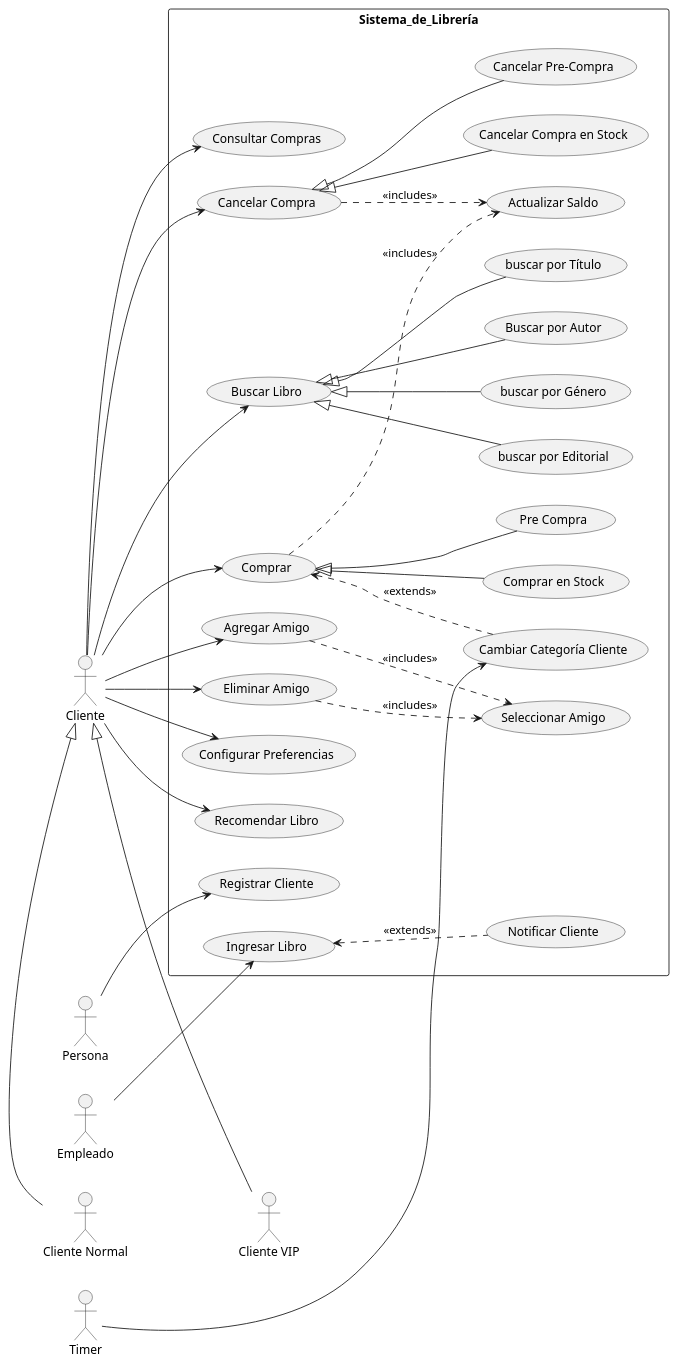
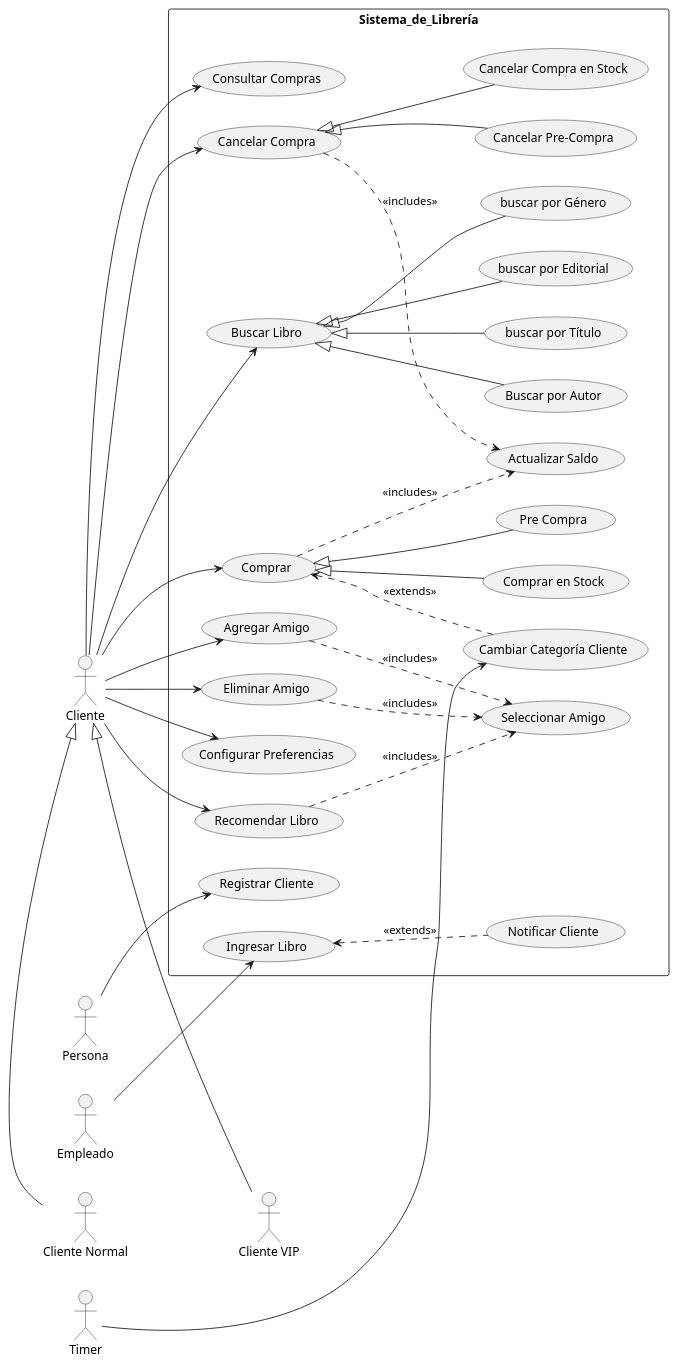
One commit to pablodanielrey/dsbm changed the diagram in tp1/casos-de-uso.plantuml. Above: the diagram before and after it, drawn with PlantUML.

Commit message:
faltaba agregar un includes en recomendar

```diff
--- a/tp1/casos-de-uso.plantuml
+++ b/tp1/casos-de-uso.plantuml
@@ -1,96 +1,97 @@
 @startuml
 left to right direction
 skinparam packageStyle rectangle
 
 together {
 
     :Persona: as p
     :Empleado: as e
     :Timer: as t
     :Cliente: as c
 
     t -[hidden]l- c
 
     together {
         :Cliente VIP: as vc
         :Cliente Normal: as cn
         cn -[hidden]- vc
         vc -|> c
         cn -|> c
     }
     
 }
 
 rectangle Sistema_de_Librería {
     (Registrar Cliente) as registrar_cliente
 
     (Configurar Preferencias) as configurar_preferencias
     
     
     (Recomendar Libro) as recomendar
     (Agregar Amigo) as agregar_amigo
     (Eliminar Amigo) as eliminar_amigo
     (Seleccionar Amigo) as seleccionar_amigo
     agregar_amigo ..> seleccionar_amigo :<<includes>>
     eliminar_amigo ..> seleccionar_amigo :<<includes>>
+    recomendar ..> seleccionar_amigo :<<includes>>
 
     together {
         (Buscar Libro) as buscar
         (Buscar por Autor) as buscar_por_autor
         (buscar por Título) as buscar_por_titulo
         (buscar por Editorial) as buscar_por_editorial
         (buscar por Género) as buscar_por_genero
         buscar <|-- buscar_por_autor
         buscar <|-- buscar_por_titulo
         buscar <|-- buscar_por_genero
         buscar <|-- buscar_por_editorial
     }
 
 
     (Consultar Compras) as consultar_compras
         
     together {
         (Comprar) as comprar    
         (Comprar en Stock) as comprar_stock
         (Pre Compra) as pre_compra
     }
 
     (Cambiar Categoría Cliente) as cambiar_categoria
 
     (Cancelar Compra) as cancelar_compra
     together {
         
         (Cancelar Compra en Stock) as cancelar_compra_stock
         (Cancelar Pre-Compra) as cancelar_pre_compra
     }
     (Actualizar Saldo) as actualizar_saldo 
 
     (Ingresar Libro) as ingresar_libro
     (Notificar Cliente) as notificar
 }
 
 comprar <.. cambiar_categoria :<<extends>>
 comprar <|-- pre_compra
 comprar <|-- comprar_stock
 comprar ..> actualizar_saldo :<<includes>>
 
 cancelar_compra <|-down- cancelar_pre_compra
 cancelar_compra <|-down- cancelar_compra_stock
 cancelar_compra ..> actualizar_saldo :<<includes>>
 
 p --> registrar_cliente
 e --> ingresar_libro
 c --> configurar_preferencias
 c --> recomendar
 c --> agregar_amigo
 c --> eliminar_amigo
 c --> buscar
 c --> comprar
 c --> consultar_compras
 c --> cancelar_compra
 t --> cambiar_categoria
 
 ingresar_libro <.. notificar :<<extends>>
 
 
 @enduml
```
